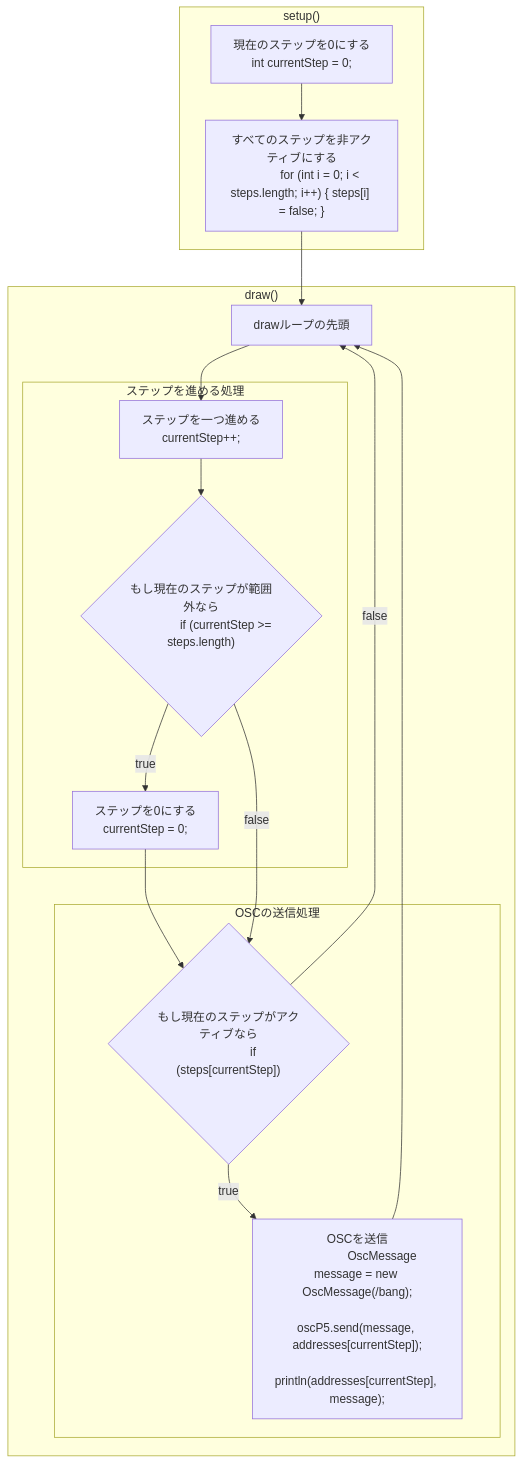
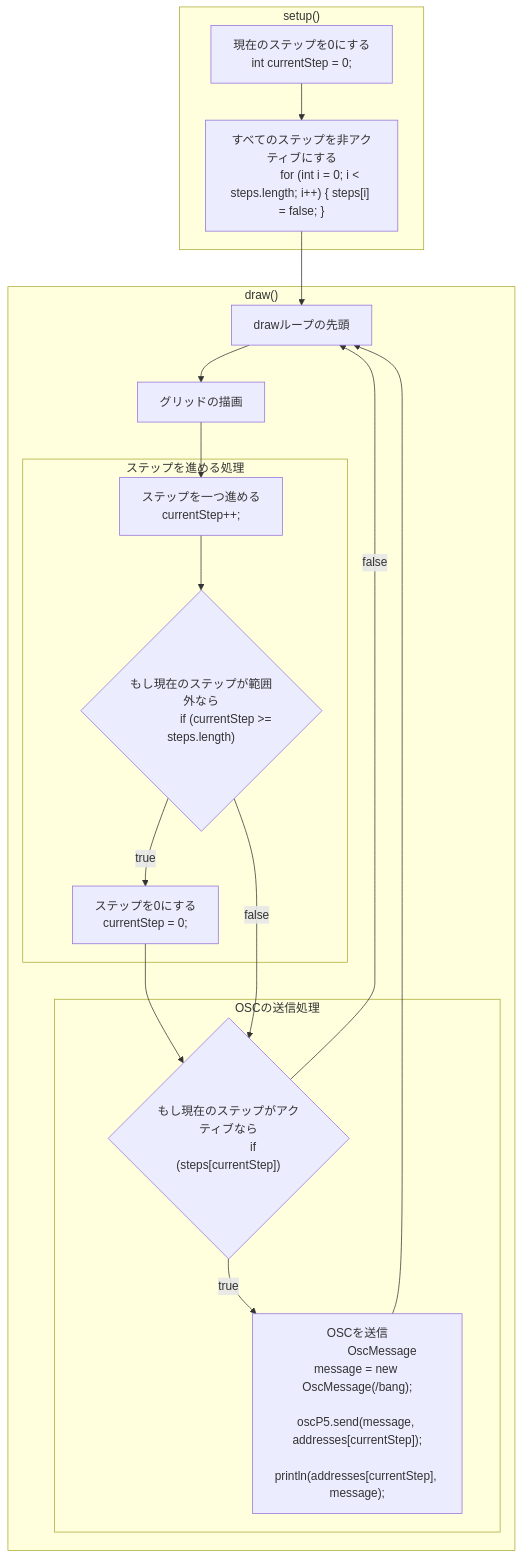
The diagram in recipes/README.md (enkatsu/openlab-workshop202402), drawn with Mermaid before and after one commit. The commit also changed 3 other files, not shown here.

````diff
--- a/recipes/README.md
+++ b/recipes/README.md
@@ -10,40 +10,41 @@
 ```mermaid
 flowchart
     classDef ta-left text-center: left;
 
     subgraph setup["setup()"]
         initCs["現在のステップを0にする
             int currentStep = 0;"]
         initStep["すべてのステップを非アクティブにする
             for (int i = 0; i < steps.length; i++) { steps[i] = false; }"]
     end
     subgraph draw["draw()"]
         loopStart[drawループの先頭]
+        drawGrid["グリッドの描画"]
         subgraph ステップを進める処理
             incStep["ステップを一つ進める
                 currentStep++;"]
             ifCsOver{"もし現在のステップが範囲外なら
                 if (currentStep >= steps.length)"}:::ta-center
             resetCs["ステップを0にする
                 currentStep = 0;"]
         end
         subgraph OSCの送信処理
             ifStepTrue{"もし現在のステップがアクティブなら
                 if (steps[currentStep])"}:::ta-center
             sendOsc["OSCを送信
                 OscMessage message = new OscMessage(/bang);
                 oscP5.send(message, addresses[currentStep]);
                 println(addresses[currentStep], message);"]
         end
     end
 
     initCs --> initStep
     initStep --> loopStart
 
-    loopStart --> incStep
+    loopStart --> drawGrid --> incStep
     incStep --> ifCsOver
     ifCsOver -->|true| resetCs --> ifStepTrue
     ifCsOver -->|false| ifStepTrue
     ifStepTrue --> |true| sendOsc --> loopStart
     ifStepTrue --> |false| loopStart
 ```
````
